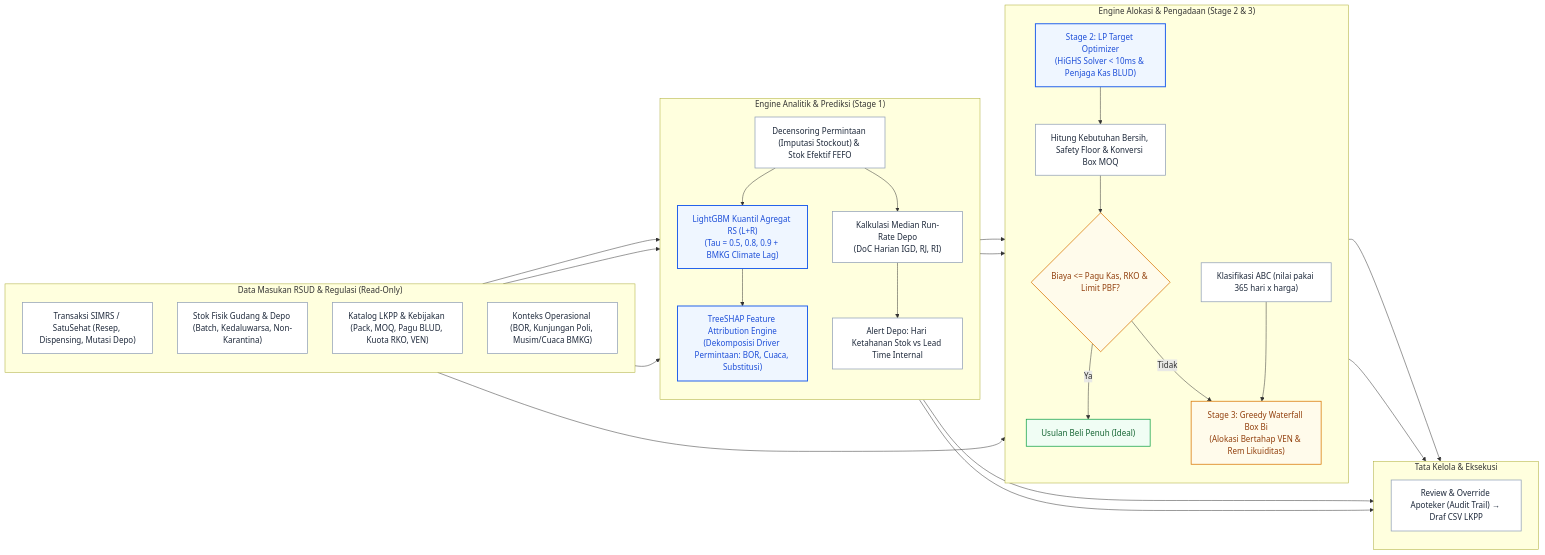
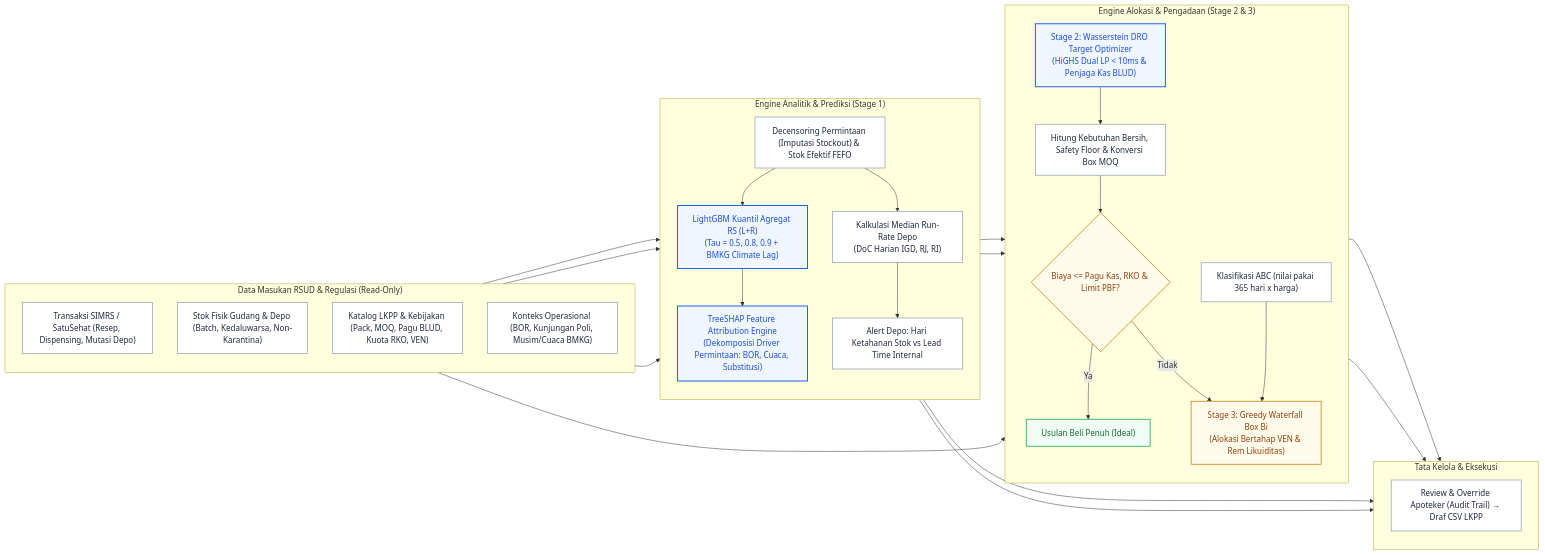
The first of 2 diagrams in projectfarmasi.md (gimigkk/sediantara-research), drawn with Mermaid before and after one commit. The commit also changed other lines of this file, not shown here.

Commit message:
docs: replace section 4 flowchart with stage comparison matrix and restore practical Wasserstein DRO framing

````diff
--- a/projectfarmasi.md
+++ b/projectfarmasi.md
@@ -348,65 +334,65 @@
 ```mermaid
 flowchart LR
     classDef default fill:#ffffff,stroke:#94a3b8,stroke-width:1.5px,color:#1e293b;
     classDef ai fill:#eff6ff,stroke:#2563eb,stroke-width:2px,color:#1d4ed8;
     classDef warn fill:#fffbeb,stroke:#d97706,stroke-width:1.5px,color:#92400e;
     classDef success fill:#f0fdf4,stroke:#16a34a,stroke-width:1.5px,color:#166534;
 
     subgraph Data ["Data Masukan RSUD & Regulasi (Read-Only)"]
         direction TB
         D1["Transaksi SIMRS / SatuSehat (Resep, Dispensing, Mutasi Depo)"]
         D2["Stok Fisik Gudang & Depo (Batch, Kedaluwarsa, Non-Karantina)"]
         D3["Katalog LKPP & Kebijakan (Pack, MOQ, Pagu BLUD, Kuota RKO, VEN)"]
         D4["Konteks Operasional (BOR, Kunjungan Poli, Musim/Cuaca BMKG)"]
     end
 
     subgraph Analytics ["Engine Analitik & Prediksi (Stage 1)"]
         direction TB
         PRE["Decensoring Permintaan (Imputasi Stockout) & Stok Efektif FEFO"]
         
         RUNRATE_DEPO["Kalkulasi Median Run-Rate Depo<br/>(DoC Harian IGD, RJ, RI)"]
         LGB_RS["LightGBM Kuantil Agregat RS (L+R)<br/>(Tau = 0.5, 0.8, 0.9 + BMKG Climate Lag)"]:::ai
         SHAP["TreeSHAP Feature Attribution Engine<br/>(Dekomposisi Driver Permintaan: BOR, Cuaca, Substitusi)"]:::ai
         
         ALERT["Alert Depo: Hari Ketahanan Stok vs Lead Time Internal"]
         
         PRE --> RUNRATE_DEPO
         PRE --> LGB_RS
         LGB_RS --> SHAP
         RUNRATE_DEPO --> ALERT
     end
 
     subgraph Allocation ["Engine Alokasi & Pengadaan (Stage 2 & 3)"]
         direction TB
-        LP_OPT["Stage 2: LP Target Optimizer<br/>(HiGHS Solver &lt; 10ms &amp; Penjaga Kas BLUD)"]:::ai
+        LP_OPT["Stage 2: Wasserstein DRO Target Optimizer<br/>(HiGHS Dual LP &lt; 10ms &amp; Penjaga Kas BLUD)"]:::ai
         CALC["Hitung Kebutuhan Bersih, Safety Floor & Konversi Box MOQ"]
         CEK{"Biaya &lt;= Pagu Kas, RKO & Limit PBF?"}:::warn
         FULL["Usulan Beli Penuh (Ideal)"]:::success
         WATERFALL["Stage 3: Greedy Waterfall Box Bi<br/>(Alokasi Bertahap VEN &amp; Rem Likuiditas)"]:::warn
         ABC["Klasifikasi ABC (nilai pakai 365 hari x harga)"]
         
         LGB_RS --> LP_OPT
         LP_OPT --> CALC
         CALC --> CEK
         CEK -- "Ya" --> FULL
         CEK -- "Tidak" --> WATERFALL
         ABC --> WATERFALL
     end
 
     subgraph Execution ["Tata Kelola & Eksekusi"]
         direction TB
         EXEC["Review & Override Apoteker (Audit Trail) → Draf CSV LKPP"]
     end
 
     D1 --> PRE
     D2 --> PRE
     D3 --> CALC
     PRE --> ABC
     D4 --> LGB_RS
     
     SHAP --> EXEC
     ALERT --> EXEC
     
     FULL --> EXEC
     WATERFALL --> EXEC
 ```
````
